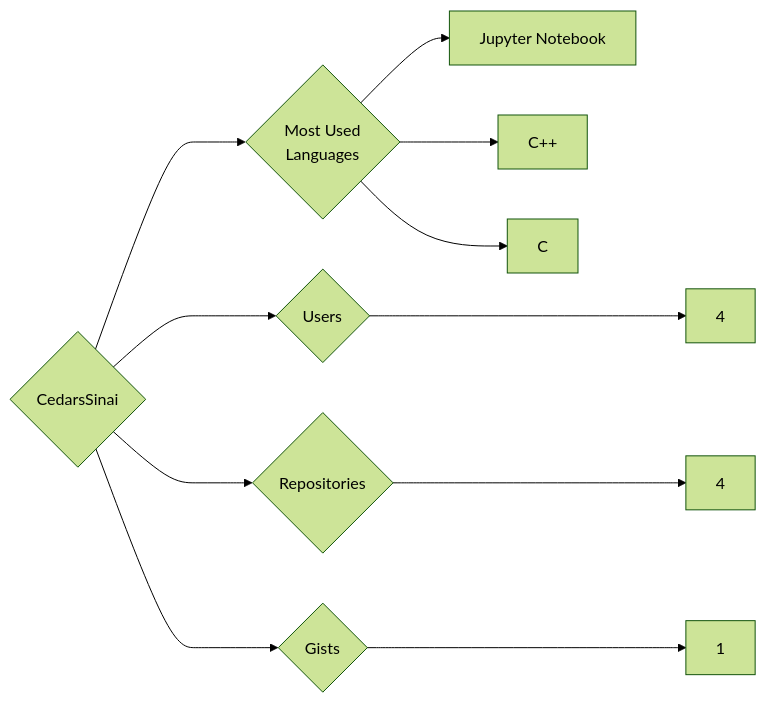
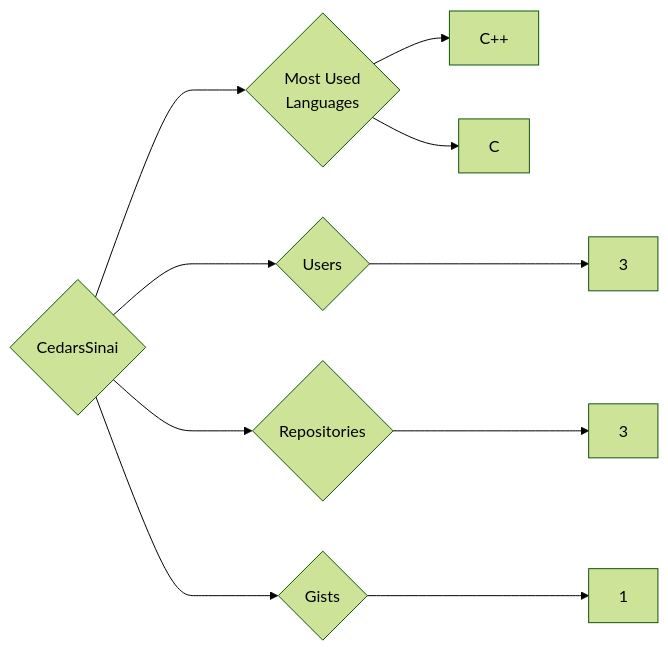
Before and after one commit to trickest/insiders: the diagram in targets/CedarsSinai/README.md, drawn with Mermaid (forest theme). The commit also changed 1055 other files, not shown here.

````diff
--- a/targets/CedarsSinai/README.md
+++ b/targets/CedarsSinai/README.md
@@ -3,11 +3,10 @@
 ```mermaid
 graph LR
 COMPANY_NAME{CedarsSinai}
-COMPANY_NAME ---> U{Users} ---> UN[4]
-COMPANY_NAME ---> R{Repositories} ---> RN[4]
+COMPANY_NAME ---> U{Users} ---> UN[3]
+COMPANY_NAME ---> R{Repositories} ---> RN[3]
 COMPANY_NAME ---> G{Gists} ---> GN[1]
 COMPANY_NAME ---> ML{Most Used<br>Languages}
-ML --> Jupyter_Notebook[Jupyter Notebook]
 ML --> C++[C++]
 ML --> C[C]
 ```
````
